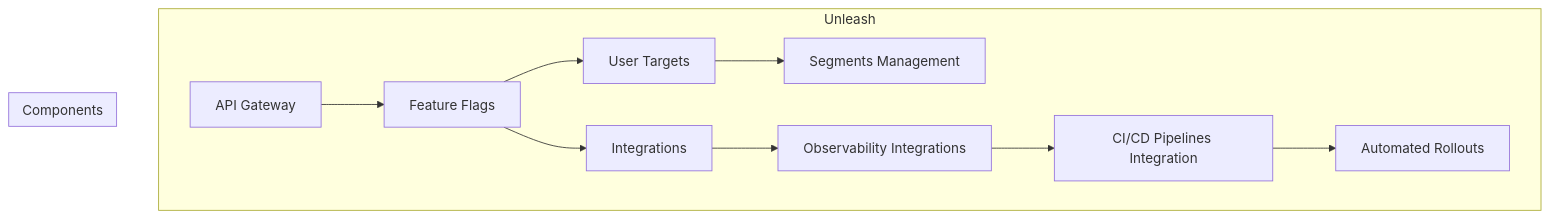
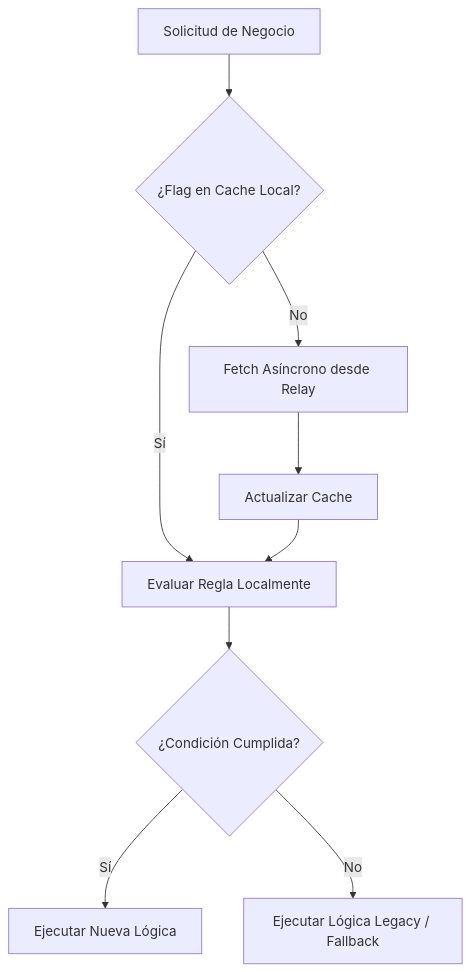
One commit to Joaquinriosheredia/DAM-Java-Mastery changed the third of 5 diagrams in _Review/feature_flags_y_progressive_delivery_con_unleash_y_launchdarkly/feature_flags_y_progressive_delivery_con_unleash_y_launchdarkly.md. Above: the diagram before and after it, drawn with Mermaid. The commit also changed other lines of this file, not shown here.

First line of the commit message:
Feature Flags y Progressive Delivery con Unleash y LaunchDarkly en Java 21

````diff
--- a/_Review/feature_flags_y_progressive_delivery_con_unleash_y_launchdarkly/feature_flags_y_progressive_delivery_con_unleash_y_launchdarkly.md
+++ b/_Review/feature_flags_y_progressive_delivery_con_unleash_y_launchdarkly/feature_flags_y_progressive_delivery_con_unleash_y_launchdarkly.md
@@ -109,22 +195,11 @@
 ```mermaid
 graph TD
-  subgraph "Unleash"
-    A[API Gateway] --> B[Feature Flags]
-    B --> C[User Targets]
-    B --> D[Integrations]
-    C --> E[Segments Management]
-    D --> F[Observability Integrations]
-    F --> G[CI/CD Pipelines Integration]
-    G --> H[Automated Rollouts]
-  end
-  subgraph "Components"
-    A;
-    B;
-    C;
-    D;
-    E;
-    F;
-    G;
-    H;
-  end
+    A[Solicitud de Negocio] --> B{¿Flag en Cache Local?}
+    B -- Sí --> C[Evaluar Regla Localmente]
+    B -- No --> D[Fetch Asíncrono desde Relay]
+    D --> E[Actualizar Cache]
+    E --> C
+    C --> F{¿Condición Cumplida?}
+    F -- Sí --> G[Ejecutar Nueva Lógica]
+    F -- No --> H[Ejecutar Lógica Legacy / Fallback]
 ```
````
